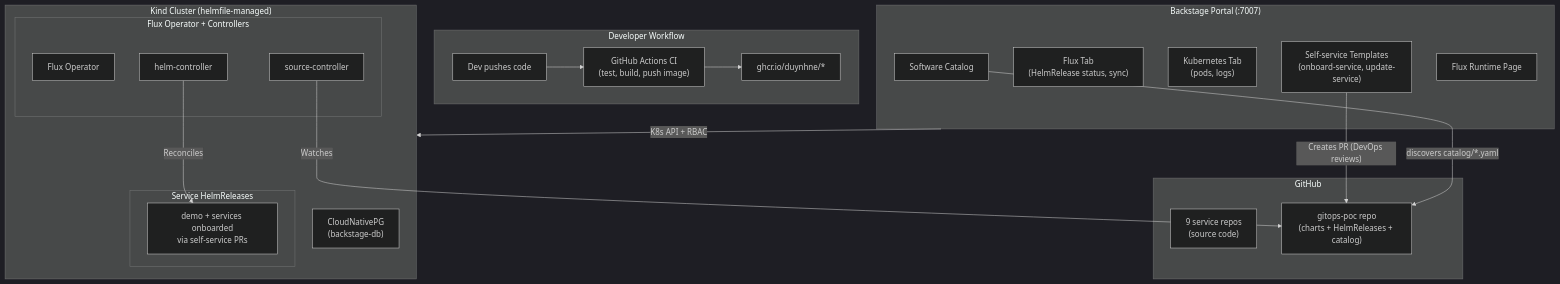
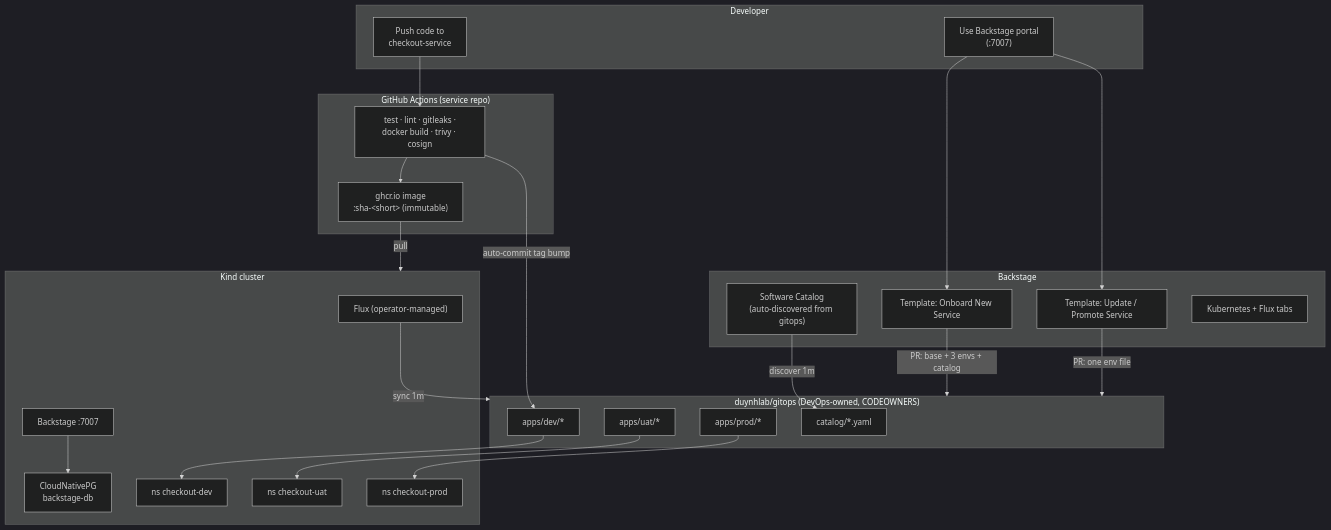
Before and after one commit to duynhlab/backstage: the first of 2 diagrams in README.md, drawn with Mermaid (dark theme). The commit also changed other lines of this file and 16 other files, not shown here.

````diff
--- a/README.md
+++ b/README.md
@@ -9,40 +10,49 @@
 ```mermaid
 flowchart TD
-    subgraph devWorkflow ["Developer Workflow"]
-        DevPush["Dev pushes code"]
-        CI["GitHub Actions CI\n(test, build, push image)"]
-        Registry["ghcr.io/duynhne/*"]
-        DevPush --> CI --> Registry
+    subgraph dev ["Developer"]
+        Code["Push code to\ncheckout-service"]
+        Portal["Use Backstage portal\n(:7007)"]
     end
 
-    subgraph backstagePortal ["Backstage Portal (:7007)"]
-        Catalog["Software Catalog"]
-        FluxTab["Flux Tab\n(HelmRelease status, sync)"]
-        K8sTab["Kubernetes Tab\n(pods, logs)"]
-        Templates["Self-service Templates\n(onboard-service, update-service)"]
-        FluxRuntime["Flux Runtime Page"]
+    subgraph ci ["GitHub Actions (service repo)"]
+        Pipeline["test · lint · gitleaks ·\ndocker build · trivy · cosign"]
+        GHCR["ghcr.io image\n:sha-&lt;short&gt; (immutable)"]
+        Pipeline --> GHCR
     end
 
-    subgraph k8sCluster ["Kind Cluster (helmfile-managed)"]
-        subgraph fluxSystem ["Flux Operator + Controllers"]
-            FluxOp["Flux Operator"]
-            SrcCtrl["source-controller"]
-            HelmCtrl["helm-controller"]
-        end
-        subgraph apps ["Service HelmReleases"]
-            HR["demo + services onboarded\nvia self-service PRs"]
-        end
-        CNPG["CloudNativePG\n(backstage-db)"]
+    subgraph backstage ["Backstage"]
+        Catalog["Software Catalog\n(auto-discovered from gitops)"]
+        Onboard["Template: Onboard New Service"]
+        Update["Template: Update / Promote Service"]
+        K8sTab["Kubernetes + Flux tabs"]
     end
 
-    subgraph github ["GitHub"]
-        ServiceRepos["9 service repos\n(source code)"]
-        GitOpsRepo["gitops-poc repo\n(charts + HelmReleases + catalog)"]
+    subgraph gitops ["duynhlab/gitops (DevOps-owned, CODEOWNERS)"]
+        DevEnv["apps/dev/*"]
+        UatEnv["apps/uat/*"]
+        ProdEnv["apps/prod/*"]
+        CatalogDir["catalog/*.yaml"]
     end
 
-    Templates -->|"Creates PR (DevOps reviews)"| GitOpsRepo
-    SrcCtrl -->|"Watches"| GitOpsRepo
-    HelmCtrl -->|"Reconciles"| HR
-    Catalog -->|"discovers catalog/*.yaml"| GitOpsRepo
-    backstagePortal -->|"K8s API + RBAC"| k8sCluster
+    subgraph cluster ["Kind cluster"]
+        Flux["Flux (operator-managed)"]
+        NS1["ns checkout-dev"]
+        NS2["ns checkout-uat"]
+        NS3["ns checkout-prod"]
+        DB["CloudNativePG\nbackstage-db"]
+        BS["Backstage :7007"]
+        BS --> DB
+    end
+
+    Code --> Pipeline
+    Pipeline -->|"auto-commit tag bump"| DevEnv
+    Portal --> Onboard & Update
+    Onboard -->|"PR: base + 3 envs + catalog"| gitops
+    Update -->|"PR: one env file"| gitops
+    Catalog -->|"discover 1m"| CatalogDir
+    Flux -->|"sync 1m"| gitops
+    DevEnv --> NS1
+    UatEnv --> NS2
+    ProdEnv --> NS3
+    GHCR -->|"pull"| cluster
 ```
````
